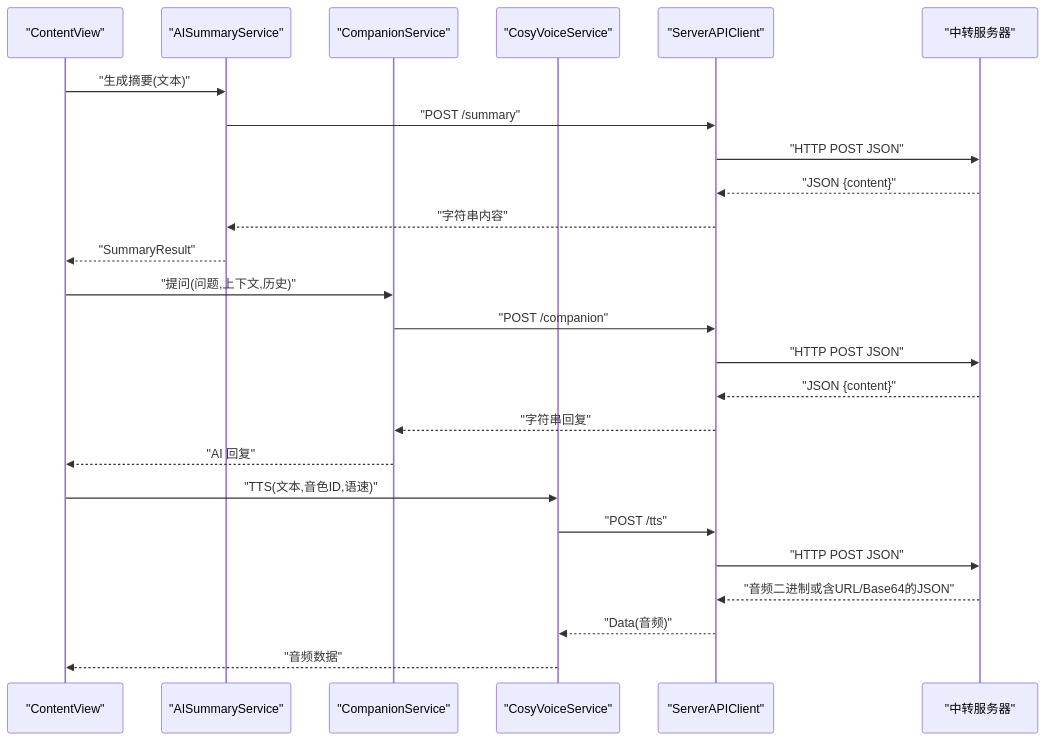
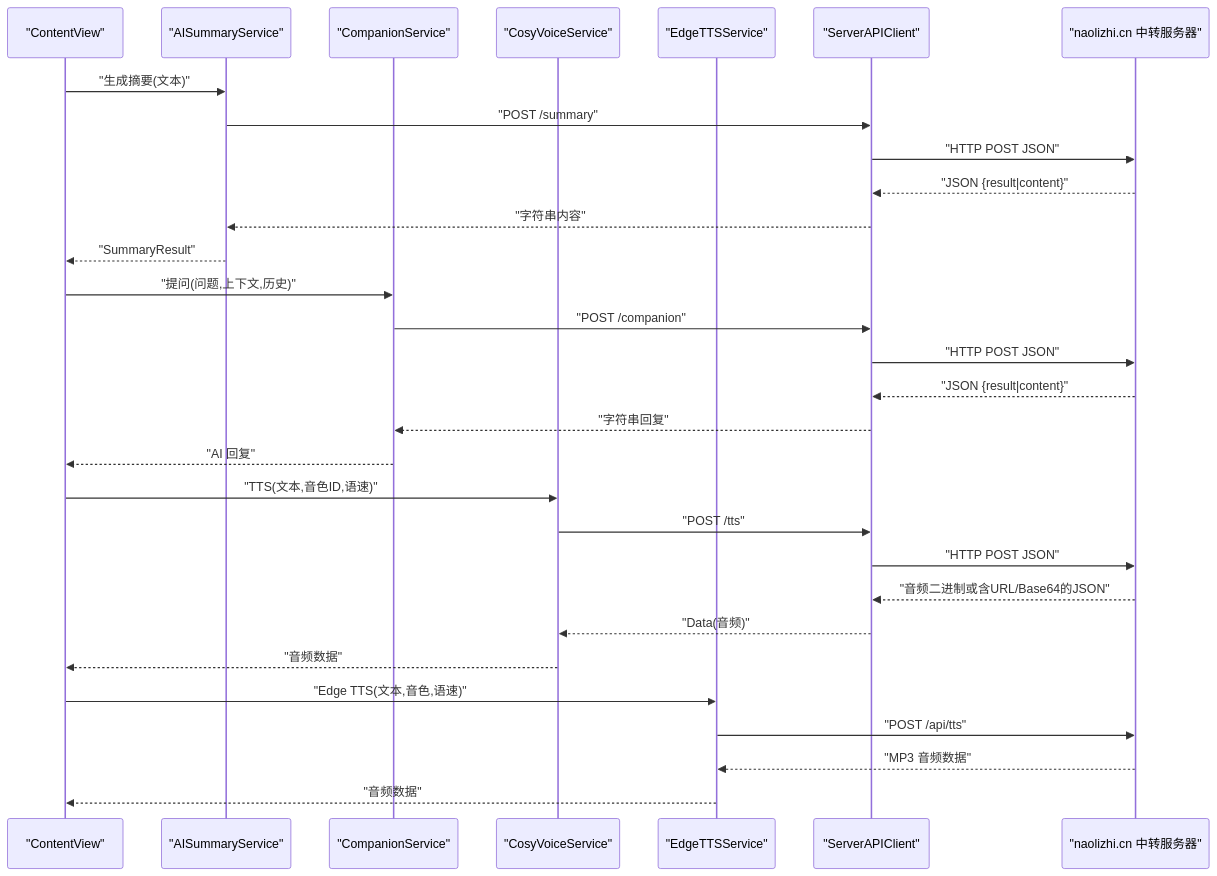
One commit to Primoguo/VoiceReader changed the second of 10 diagrams in .qoder/repowiki/zh/content/架构设计/服务器代理架构.md. Above: the diagram before and after it, drawn with Mermaid. The commit also changed other lines of this file and 92 other files, not shown here.

````diff
--- a/.qoder/repowiki/zh/content/架构设计/服务器代理架构.md
+++ b/.qoder/repowiki/zh/content/架构设计/服务器代理架构.md
@@ -122,27 +141,32 @@
 ```mermaid
 sequenceDiagram
 participant UI as "ContentView"
 participant SumSvc as "AISummaryService"
 participant CompSvc as "CompanionService"
 participant VoiceSvc as "CosyVoiceService"
+participant EdgeTTS as "EdgeTTSService"
 participant Client as "ServerAPIClient"
-participant Server as "中转服务器"
+participant Server as "naolizhi.cn 中转服务器"
 UI->>SumSvc : "生成摘要(文本)"
 SumSvc->>Client : "POST /summary"
 Client->>Server : "HTTP POST JSON"
-Server-->>Client : "JSON {content}"
+Server-->>Client : "JSON {result|content}"
 Client-->>SumSvc : "字符串内容"
 SumSvc-->>UI : "SummaryResult"
 UI->>CompSvc : "提问(问题,上下文,历史)"
 CompSvc->>Client : "POST /companion"
 Client->>Server : "HTTP POST JSON"
-Server-->>Client : "JSON {content}"
+Server-->>Client : "JSON {result|content}"
 Client-->>CompSvc : "字符串回复"
 CompSvc-->>UI : "AI 回复"
 UI->>VoiceSvc : "TTS(文本,音色ID,语速)"
 VoiceSvc->>Client : "POST /tts"
 Client->>Server : "HTTP POST JSON"
 Server-->>Client : "音频二进制或含URL/Base64的JSON"
 Client-->>VoiceSvc : "Data(音频)"
 VoiceSvc-->>UI : "音频数据"
+UI->>EdgeTTS : "Edge TTS(文本,音色,语速)"
+EdgeTTS->>Server : "POST /api/tts"
+Server-->>EdgeTTS : "MP3 音频数据"
+EdgeTTS-->>UI : "音频数据"
 ```
````
